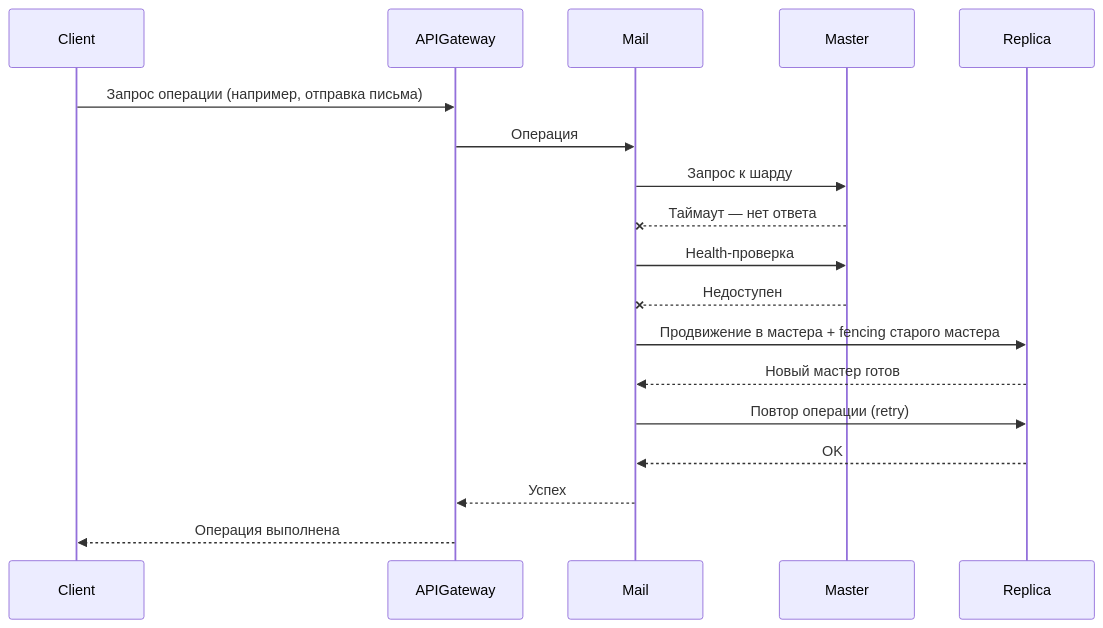
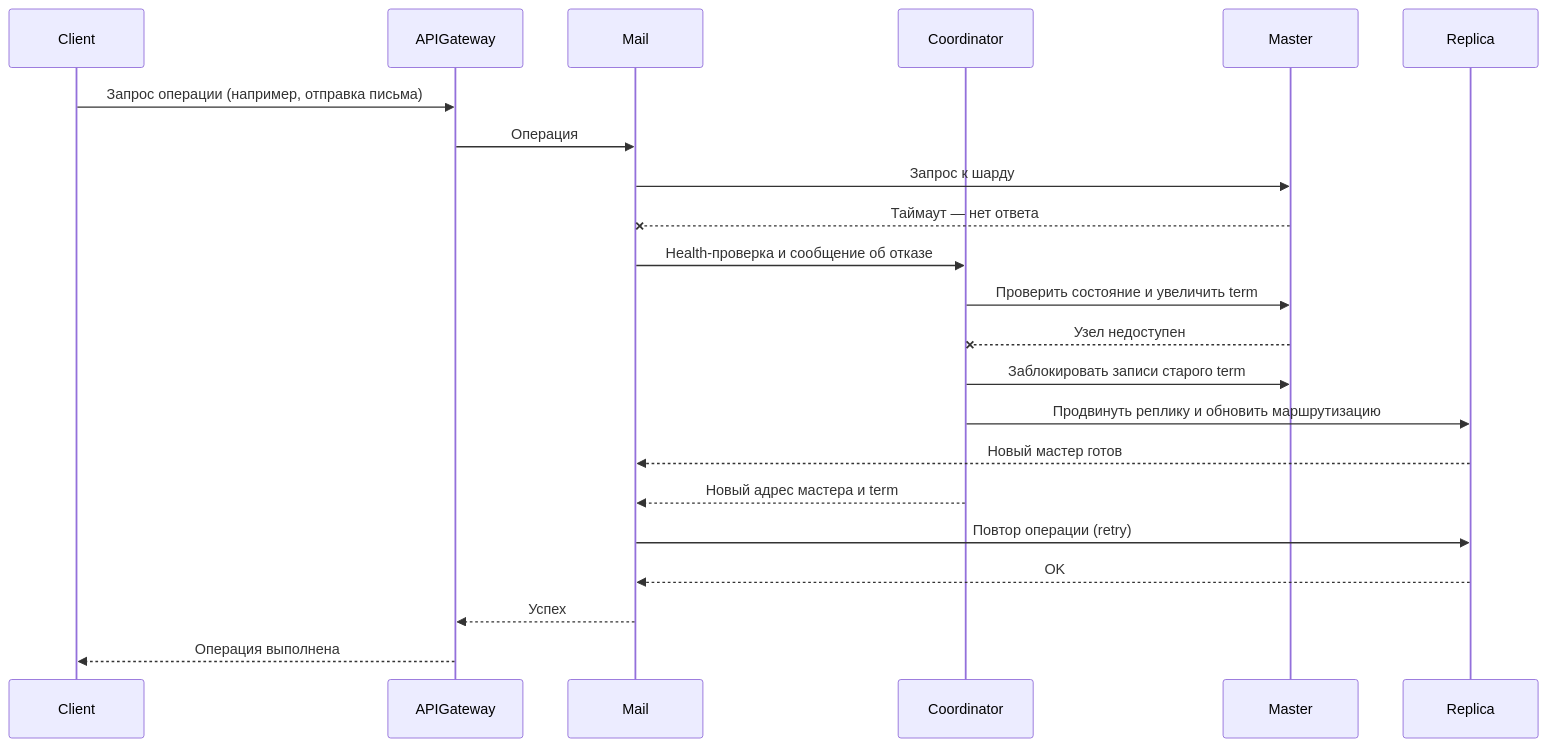
One commit to spbu-ds-practicum-2026/hydrolytes changed the fourth of 5 diagrams in docs/tr.md. Above: the diagram before and after it, drawn with Mermaid. The commit also changed other lines of this file, not shown here.

````diff
--- a/docs/tr.md
+++ b/docs/tr.md
@@ -255,21 +282,25 @@
 ```mermaid
 sequenceDiagram
   participant Client
   participant APIGateway
   participant Mail
+  participant Coordinator
   participant Master
   participant Replica
 
   Client->>APIGateway: Запрос операции (например, отправка письма)
   APIGateway->>Mail: Операция
   Mail->>Master: Запрос к шарду
   Master--xMail: Таймаут — нет ответа
-  Mail->>Master: Health-проверка
-  Master--xMail: Недоступен
-  Mail->>Replica: Продвижение в мастера + fencing старого мастера
+  Mail->>Coordinator: Health-проверка и сообщение об отказе
+  Coordinator->>Master: Проверить состояние и увеличить term
+  Master--xCoordinator: Узел недоступен
+  Coordinator->>Master: Заблокировать записи старого term
+  Coordinator->>Replica: Продвинуть реплику и обновить маршрутизацию
   Replica-->>Mail: Новый мастер готов
+  Coordinator-->>Mail: Новый адрес мастера и term
   Mail->>Replica: Повтор операции (retry)
   Replica-->>Mail: OK
   Mail-->>APIGateway: Успех
   APIGateway-->>Client: Операция выполнена
 ```
````
